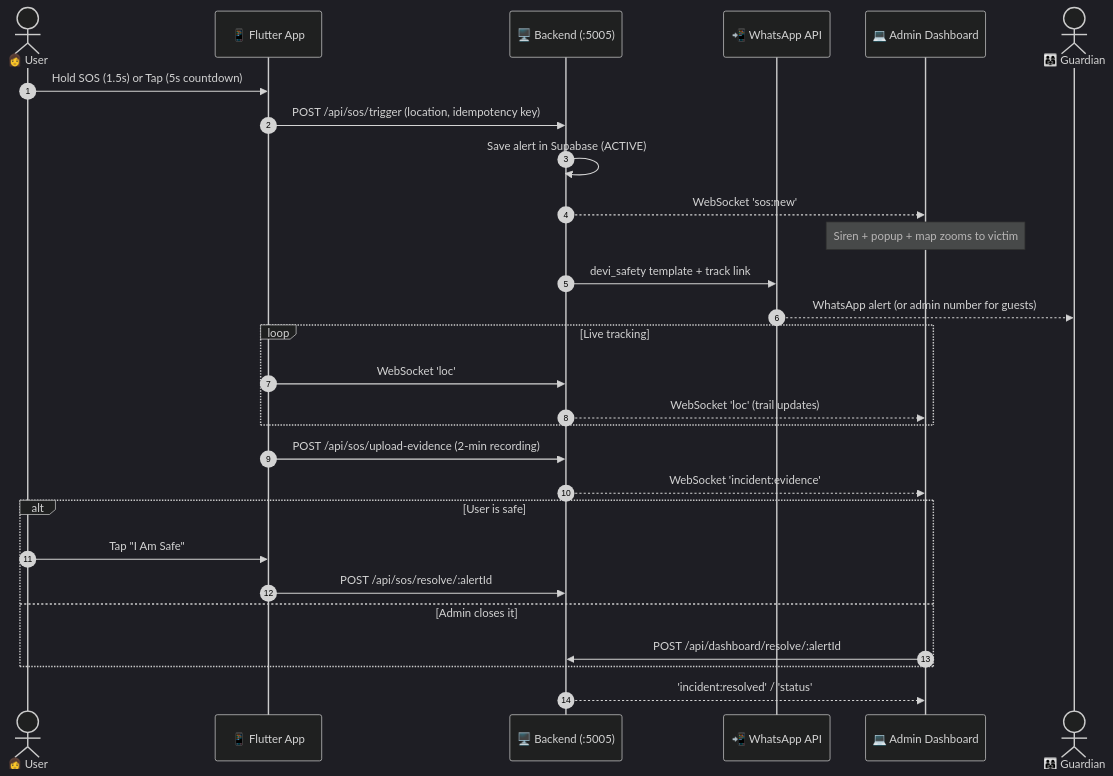
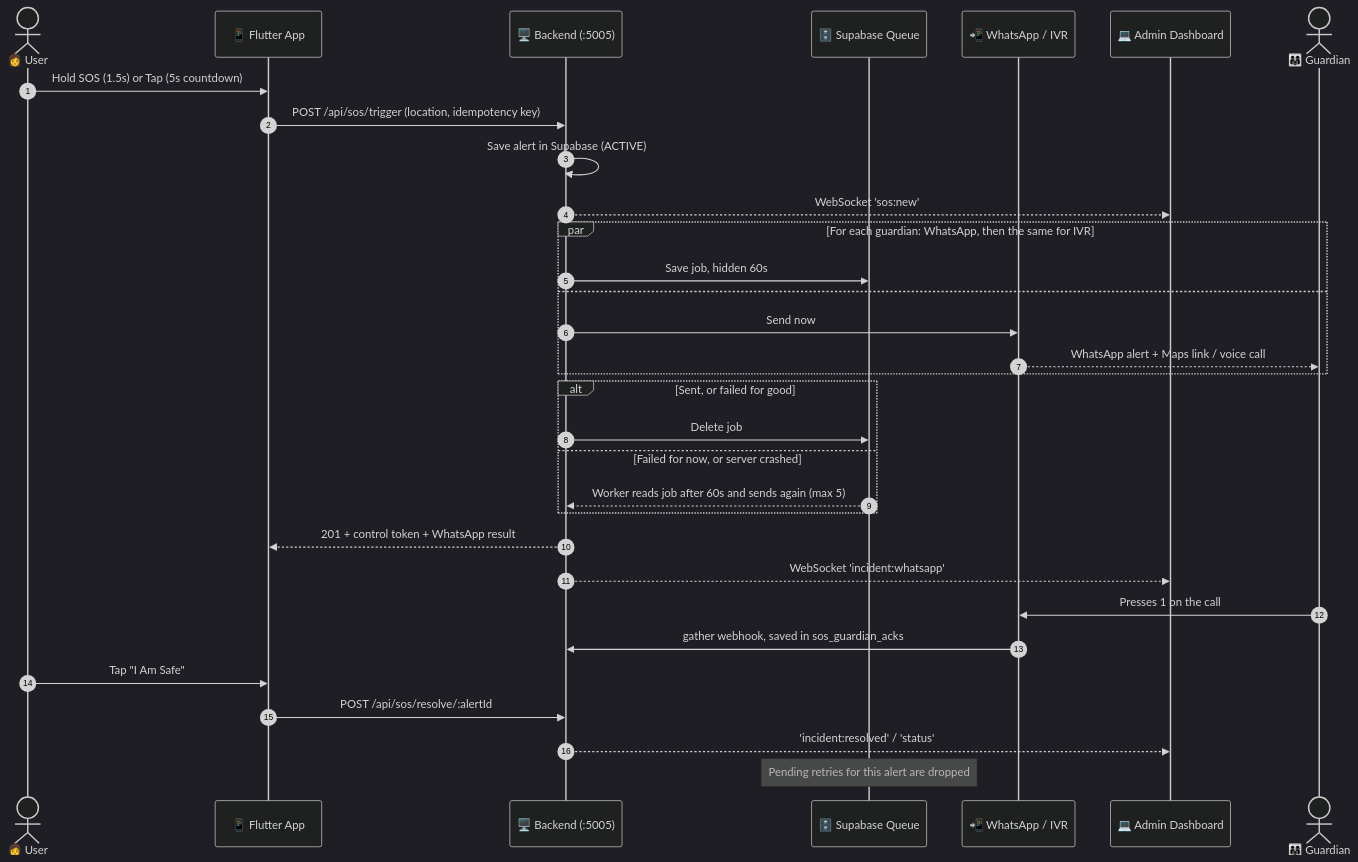
The third of 3 diagrams in docs/DEVI_SYSTEM_ARCHITECTURE.md (macvelsoftwaresolution/DEVI_APP), drawn with Mermaid (dark theme) before and after one commit. The commit also changed other lines of this file and 10 other files, not shown here.

````diff
--- a/docs/DEVI_SYSTEM_ARCHITECTURE.md
+++ b/docs/DEVI_SYSTEM_ARCHITECTURE.md
@@ -300,34 +457,39 @@
 ```mermaid
 sequenceDiagram
     autonumber
     actor User as 👩 User
     participant App as 📱 Flutter App
     participant API as 🖥️ Backend (:5005)
-    participant WA as 📲 WhatsApp API
+    participant Q as 🗄️ Supabase Queue
+    participant P as 📲 WhatsApp / IVR
     participant Admin as 💻 Admin Dashboard
     actor Guardian as 👨‍👩‍👧 Guardian
 
     User->>App: Hold SOS (1.5s) or Tap (5s countdown)
     App->>API: POST /api/sos/trigger (location, idempotency key)
     API->>API: Save alert in Supabase (ACTIVE)
     API-->>Admin: WebSocket 'sos:new'
-    Note over Admin: Siren + popup + map zooms to victim
-    API->>WA: devi_safety template + track link
-    WA-->>Guardian: WhatsApp alert (or admin number for guests)
 
-    loop Live tracking
-        App->>API: WebSocket 'loc'
-        API-->>Admin: WebSocket 'loc' (trail updates)
+    par For each guardian: WhatsApp, then the same for IVR
+        API->>Q: Save job, hidden 60s
+    and
+        API->>P: Send now
+        P-->>Guardian: WhatsApp alert + Maps link / voice call
+    end
+    alt Sent, or failed for good
+        API->>Q: Delete job
+    else Failed for now, or server crashed
+        Q-->>API: Worker reads job after 60s and sends again (max 5)
     end
 
-    App->>API: POST /api/sos/upload-evidence (2-min recording)
-    API-->>Admin: WebSocket 'incident:evidence'
+    API-->>App: 201 + control token + WhatsApp result
+    API-->>Admin: WebSocket 'incident:whatsapp'
 
-    alt User is safe
-        User->>App: Tap "I Am Safe"
-        App->>API: POST /api/sos/resolve/:alertId
-    else Admin closes it
-        Admin->>API: POST /api/dashboard/resolve/:alertId
-    end
+    Guardian->>P: Presses 1 on the call
+    P->>API: gather webhook, saved in sos_guardian_acks
+
+    User->>App: Tap "I Am Safe"
+    App->>API: POST /api/sos/resolve/:alertId
     API-->>Admin: 'incident:resolved' / 'status'
+    Note over Q: Pending retries for this alert are dropped
 ```
````
